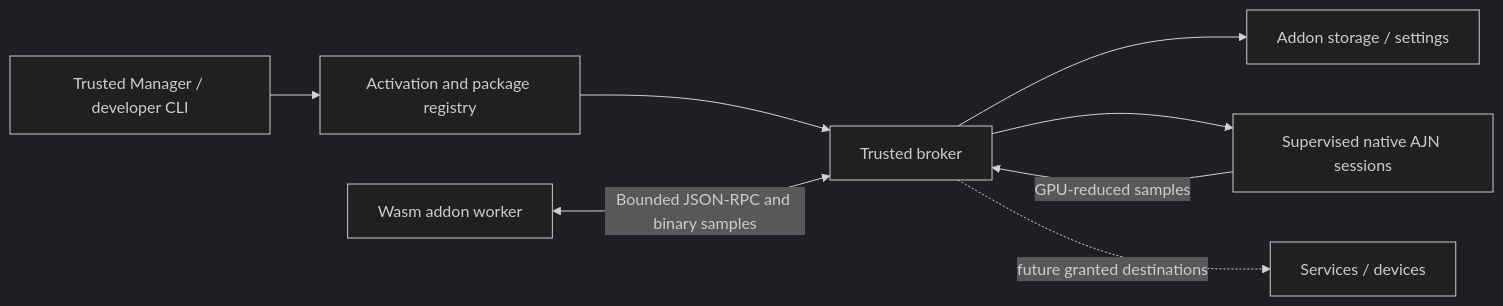
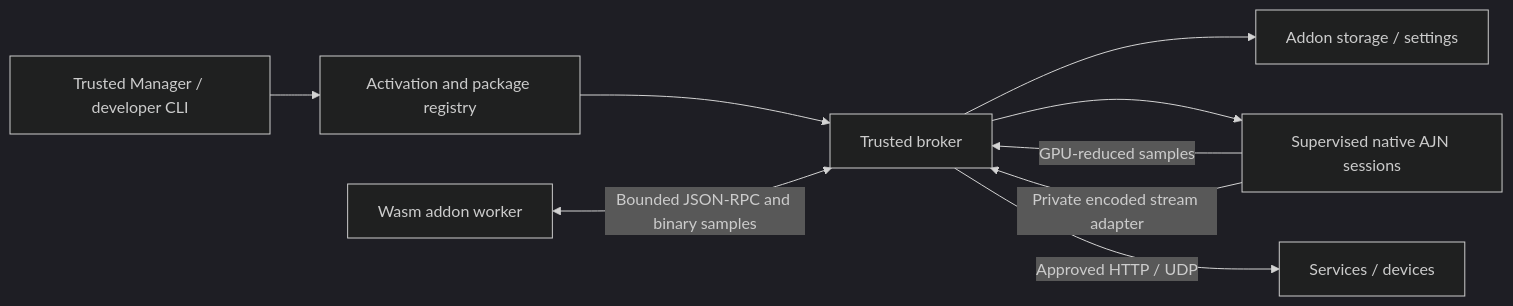
Before and after one commit to 422415/mpv-AnimeJaNai: the diagram in addons/ARCHITECTURE.md, drawn with Mermaid (dark theme). The commit also changed other lines of this file and 15 other files, not shown here.

````diff
--- a/addons/ARCHITECTURE.md
+++ b/addons/ARCHITECTURE.md
@@ -5,10 +5,11 @@
 ```mermaid
 flowchart LR
     UI[Trusted Manager / developer CLI] --> Life[Activation and package registry]
     Life --> Host[Trusted broker]
     Guest[Wasm addon worker] <-->|Bounded JSON-RPC and binary samples| Host
     Host --> Data[Addon storage / settings]
     Host --> Sessions[Supervised native AJN sessions]
     Sessions -->|GPU-reduced samples| Host
-    Host -. future granted destinations .-> Devices[Services / devices]
+    Host -->|Approved HTTP / UDP| Devices[Services / devices]
+    Sessions -->|Private encoded stream adapter| Host
 ```
````
